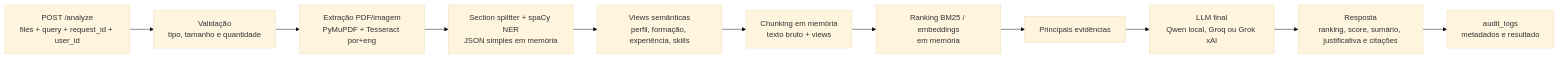
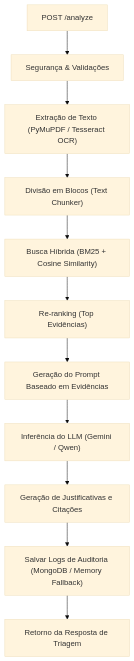
The diagram in README.md (leandrolrs18/resume-analyzer), drawn with Mermaid (base theme) before and after one commit. The commit also changed other lines of this file and 29 other files, not shown here.

````diff
--- a/README.md
+++ b/README.md
@@ -85,13 +92,13 @@
 ```mermaid
-flowchart LR
-    A["POST /analyze<br/>files + query + request_id + user_id"] --> B["Validação<br/>tipo, tamanho e quantidade"]
-    B --> C["Extração PDF/imagem<br/>PyMuPDF + Tesseract por+eng"]
-    C --> D["Section splitter + spaCy NER<br/>JSON simples em memória"]
-    D --> E["Views semânticas<br/>perfil, formação, experiência, skills"]
-    E --> F["Chunking em memória<br/>texto bruto + views"]
-    F --> G["Ranking BM25 / embeddings<br/>em memória"]
-    G --> H["Principais evidências"]
-    H --> I["LLM final<br/>Qwen local, Groq ou Grok xAI"]
-    I --> J["Resposta<br/>ranking, score, sumário, justificativa e citações"]
-    J --> K["audit_logs<br/>metadados e resultado"]
+flowchart TD
+    A["POST /analyze"] --> B["Segurança & Validações"]
+    B --> C["Extração de Texto (PyMuPDF / Tesseract OCR)"]
+    C --> D["Divisão em Blocos (Text Chunker)"]
+    D --> E["Busca Híbrida (BM25 + Cosine Similarity)"]
+    E --> F["Re-ranking (Top Evidências)"]
+    F --> G["Geração do Prompt Baseado em Evidências"]
+    G --> H["Inferência do LLM (Gemini / Qwen)"]
+    H --> I["Geração de Justificativas e Citações"]
+    I --> J["Salvar Logs de Auditoria (MongoDB / Memory Fallback)"]
+    J --> K["Retorno da Resposta de Triagem"]
 ```
````
